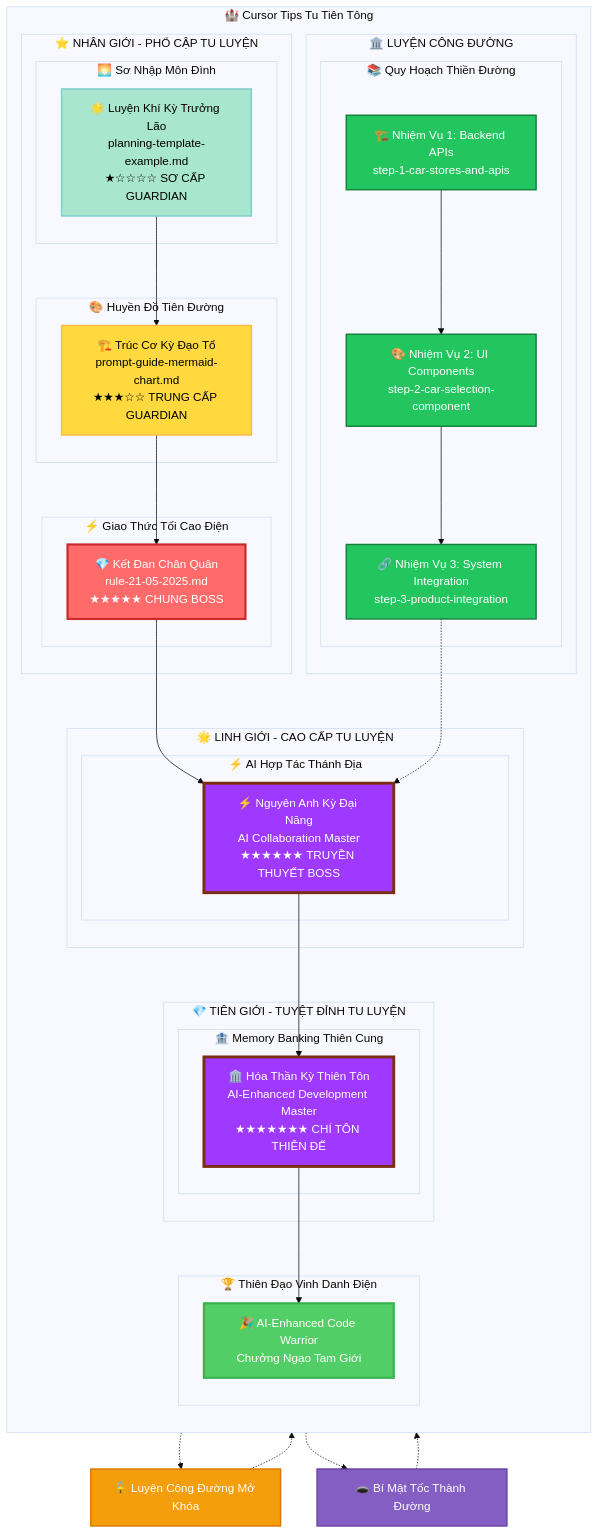
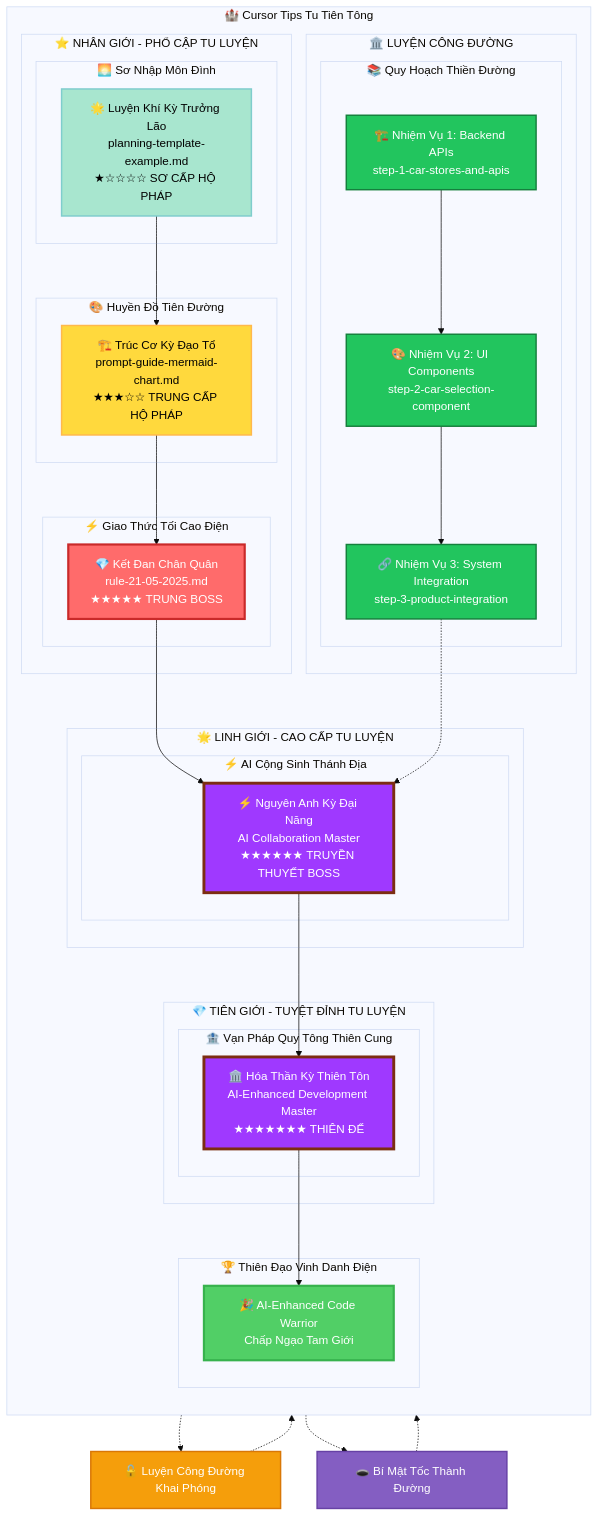
One commit to giang6283623/cursor-tip changed the second of 8 diagrams in README-TUTIEN.md. Above: the diagram before and after it, drawn with Mermaid (base theme). The commit also changed other lines of this file and 7 other files, not shown here.

````diff
--- a/README-TUTIEN.md
+++ b/README-TUTIEN.md
@@ -102,77 +102,77 @@
 ```mermaid
 graph TB
     subgraph "🏰 Cursor Tips Tu Tiên Tông"
         direction TB
 
         subgraph "⭐ NHÂN GIỚI - PHỔ CẬP TU LUYỆN"
             subgraph "🌅 Sơ Nhập Môn Đình"
-                Tutorial[🌟 Luyện Khí Kỳ Trưởng Lão<br/>planning-template-example.md<br/>★☆☆☆☆ SƠ CẤP GUARDIAN]
+                Tutorial[🌟 Luyện Khí Kỳ Trưởng Lão<br/>planning-template-example.md<br/>★☆☆☆☆ SƠ CẤP HỘ PHÁP]
             end
 
             subgraph "🎨 Huyền Đồ Tiên Đường"
-                Charts[🏗️ Trúc Cơ Kỳ Đạo Tổ<br/>prompt-guide-mermaid-chart.md<br/>★★★☆☆ TRUNG CẤP GUARDIAN]
+                Charts[🏗️ Trúc Cơ Kỳ Đạo Tổ<br/>prompt-guide-mermaid-chart.md<br/>★★★☆☆ TRUNG CẤP HỘ PHÁP]
             end
 
             subgraph "⚡ Giao Thức Tối Cao Điện"
-                Protocol[💎 Kết Đan Chân Quân<br/>rule-21-05-2025.md<br/>★★★★★ CHUNG BOSS]
+                Protocol[💎 Kết Đan Chân Quân<br/>rule-21-05-2025.md<br/>★★★★★ TRUNG BOSS]
             end
         end
 
         subgraph "🌟 LINH GIỚI - CAO CẤP TU LUYỆN"
-            subgraph "⚡ AI Hợp Tác Thánh Địa"
+            subgraph "⚡ AI Cộng Sinh Thánh Địa"
                 MCPBoss[⚡ Nguyên Anh Kỳ Đại Năng<br/>AI Collaboration Master<br/>★★★★★★ TRUYỀN THUYẾT BOSS]
             end
         end
 
         subgraph "💎 TIÊN GIỚI - TUYỆT ĐỈNH TU LUYỆN"
-            subgraph "🏦 Memory Banking Thiên Cung"
-                UltimateBoss[🏛️ Hóa Thần Kỳ Thiên Tôn<br/>AI-Enhanced Development Master<br/>★★★★★★★ CHÍ TÔN THIÊN ĐẾ]
+            subgraph "🏦 Vạn Pháp Quy Tông Thiên Cung"
+                UltimateBoss[🏛️ Hóa Thần Kỳ Thiên Tôn<br/>AI-Enhanced Development Master<br/>★★★★★★★ THIÊN ĐẾ]
             end
         end
 
         subgraph "🏛️ LUYỆN CÔNG ĐƯỜNG"
             subgraph "📚 Quy Hoạch Thiền Đường"
                 Mission1[🏗️ Nhiệm Vụ 1: Backend APIs<br/>step-1-car-stores-and-apis]
                 Mission2[🎨 Nhiệm Vụ 2: UI Components<br/>step-2-car-selection-component]
                 Mission3[🔗 Nhiệm Vụ 3: System Integration<br/>step-3-product-integration]
             end
         end
 
         subgraph "🏆 Thiên Đạo Vinh Danh Điện"
-            Victory[🎉 AI-Enhanced Code Warrior<br/>Chưởng Ngạo Tam Giới]
+            Victory[🎉 AI-Enhanced Code Warrior<br/>Chấp Ngạo Tam Giới]
         end
     end
 
     Tutorial --> Charts
     Charts --> Protocol
     Protocol --> MCPBoss
     MCPBoss --> UltimateBoss
     UltimateBoss --> Victory
 
-    Protocol -.-> TrainingUnlock[🔓 Luyện Công Đường Mở Khóa]
+    Protocol -.-> TrainingUnlock[🔓 Luyện Công Đường Khai Phóng]
     TrainingUnlock -.-> Mission1
     Mission1 --> Mission2
     Mission2 --> Mission3
     Mission3 -.-> MCPBoss
 
     Tutorial -.-> SecretPath[🕳️ Bí Mật Tốc Thành Đường]
     SecretPath -.-> Protocol
 
     classDef tutorial fill:#a8e6cf,stroke:#7fcdcd,stroke-width:2px,color:#000
     classDef intermediate fill:#ffd93d,stroke:#ffb84d,stroke-width:2px,color:#000
     classDef final fill:#ff6b6b,stroke:#c92a2a,stroke-width:3px,color:#fff
     classDef legendary fill:#9f39ff,stroke:#7c2d12,stroke-width:4px,color:#fff
     classDef training fill:#22c55e,stroke:#15803d,stroke-width:2px,color:#fff
     classDef victory fill:#51cf66,stroke:#37b24d,stroke-width:3px,color:#fff
     classDef secret fill:#845ec2,stroke:#6741a5,stroke-width:2px,color:#fff
     classDef unlock fill:#f59e0b,stroke:#d97706,stroke-width:2px,color:#fff
 
     class Tutorial tutorial
     class Charts intermediate
     class Protocol final
     class MCPBoss,UltimateBoss legendary
     class Mission1,Mission2,Mission3 training
     class Victory victory
     class SecretPath secret
     class TrainingUnlock unlock
 ```
````
